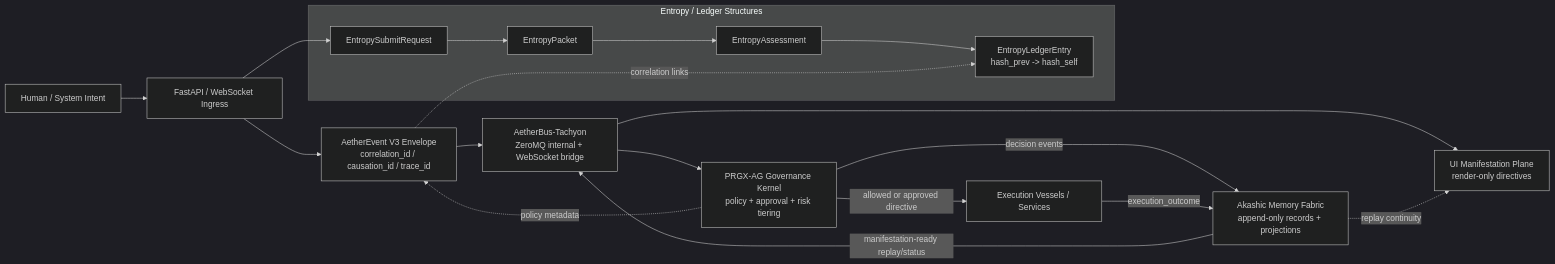
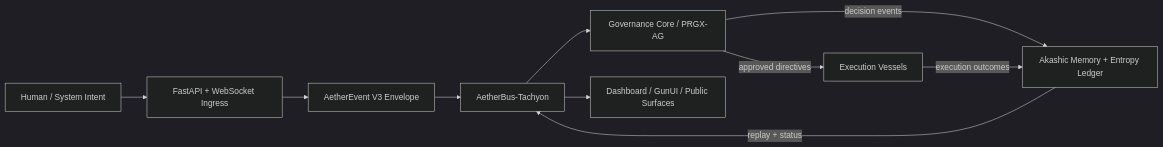
One commit to Aetherium-Syndicate-Inspectra/AETHERIUM-GENESIS changed the diagram in README.md. Above: the diagram before and after it, drawn with Mermaid (dark theme). The commit also changed other lines of this file and 5 other files, not shown here.

````diff
--- a/README.md
+++ b/README.md
@@ -53,30 +60,17 @@
 ```mermaid
 flowchart LR
     intent[Human / System Intent]
-    ingress[FastAPI / WebSocket Ingress]
-    envelope[AetherEvent V3 Envelope\ncorrelation_id / causation_id / trace_id]
-    bus[AetherBus-Tachyon\nZeroMQ internal + WebSocket bridge]
-    governance[PRGX-AG Governance Kernel\npolicy + approval + risk tiering]
-    execution[Execution Vessels / Services]
-    memory[Akashic Memory Fabric\nappend-only records + projections]
-    ui[UI Manifestation Plane\nrender-only directives]
-
-    subgraph entropy[Entropy / Ledger Structures]
-        submit[EntropySubmitRequest]
-        packet[EntropyPacket]
-        assessment[EntropyAssessment]
-        ledger[EntropyLedgerEntry\nhash_prev -> hash_self]
-    end
+    ingress[FastAPI + WebSocket Ingress]
+    envelope[AetherEvent V3 Envelope]
+    bus[AetherBus-Tachyon]
+    governance[Governance Core / PRGX-AG]
+    vessels[Execution Vessels]
+    memory[Akashic Memory + Entropy Ledger]
+    body[Dashboard / GunUI / Public Surfaces]
 
     intent --> ingress --> envelope --> bus --> governance
-    governance -->|allowed or approved directive| execution
+    governance -->|approved directives| vessels
     governance -->|decision events| memory
-    execution -->|execution_outcome| memory
-    memory -->|manifestation-ready replay/status| bus
-    bus --> ui
-
-    ingress --> submit --> packet --> assessment --> ledger
-    envelope -. correlation links .-> ledger
-    governance -. policy metadata .-> envelope
-    memory -. replay continuity .-> ui
+    vessels -->|execution outcomes| memory
+    memory -->|replay + status| bus --> body
 ```
````
